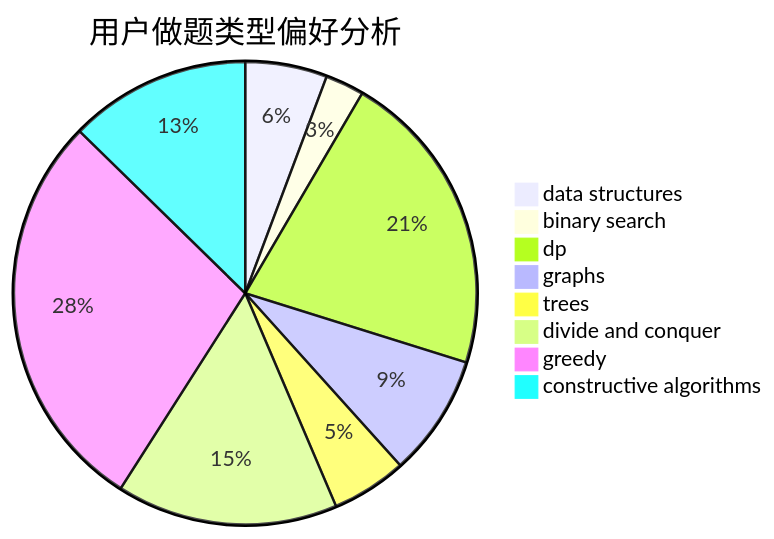
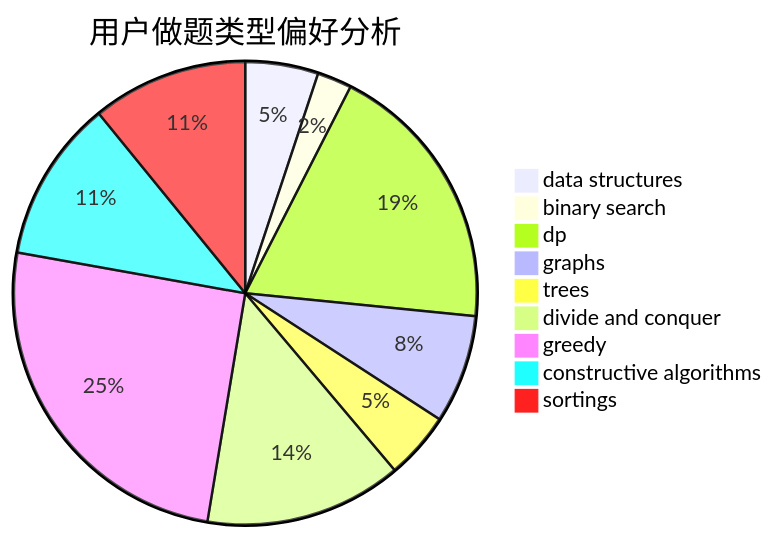
The second of 3 diagrams in docs/user/u1214.md (sherpahu/cfrs.github.io), drawn with Mermaid before and after one commit. The commit also changed other lines of this file and 2769 other files, not shown here.

````diff
--- a/docs/user/u1214.md
+++ b/docs/user/u1214.md
@@ -23,11 +18,12 @@
 ```mermaid
 pie title 用户做题类型偏好分析
     "data structures" :  74
     "binary search" :  35
     "dp" :  277
     "graphs" :  110
     "trees" :  68
     "divide and conquer" :  200
     "greedy" :  366
     "constructive algorithms" :  164
+    "sortings" :  158
 ```
````
